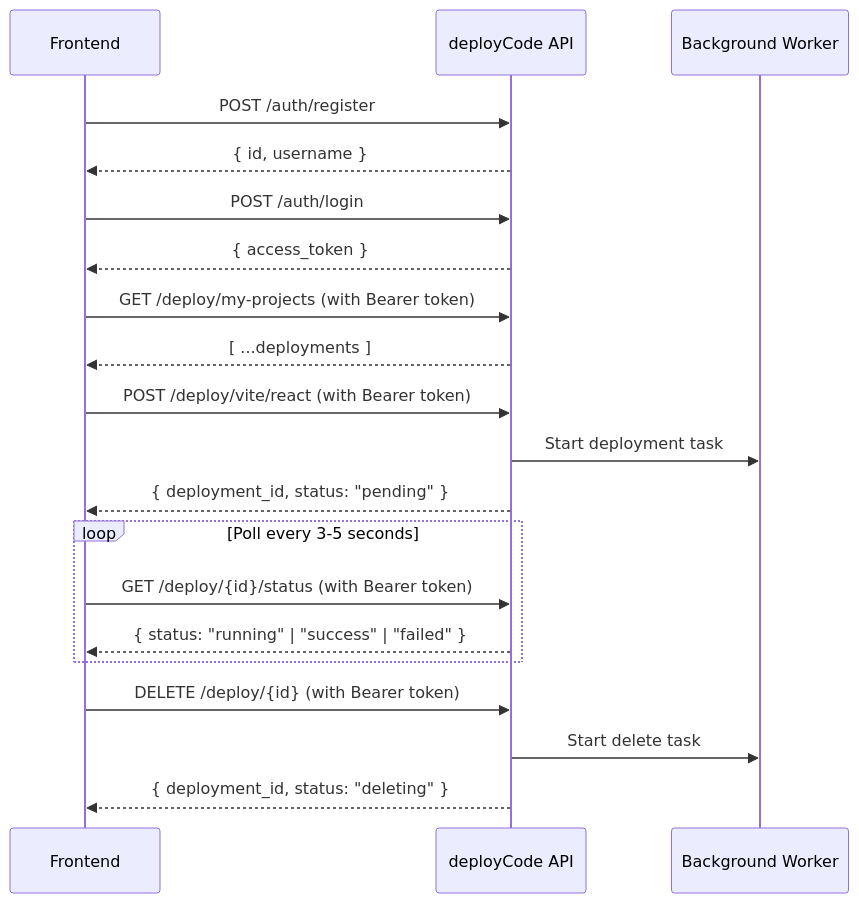
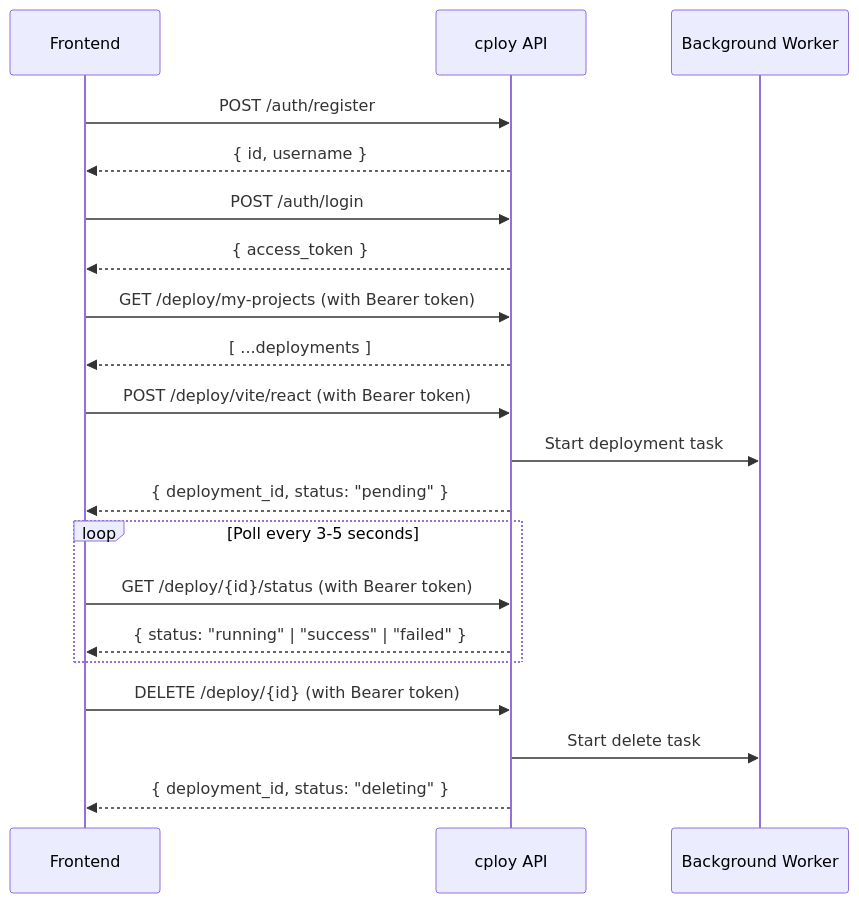
Before and after one commit to Dev-Saurabh-K/deployCode-frontend: the first of 2 diagrams in api_documentation.md, drawn with Mermaid. The commit also changed other lines of this file and 7 other files, not shown here.

````diff
--- a/api_documentation.md
+++ b/api_documentation.md
@@ -47,28 +47,28 @@
 ```mermaid
 sequenceDiagram
     participant FE as Frontend
-    participant API as deployCode API
+    participant API as cploy API
     participant BG as Background Worker
 
     FE->>API: POST /auth/register
     API-->>FE: { id, username }
 
     FE->>API: POST /auth/login
     API-->>FE: { access_token }
 
     FE->>API: GET /deploy/my-projects (with Bearer token)
     API-->>FE: [ ...deployments ]
 
     FE->>API: POST /deploy/vite/react (with Bearer token)
     API->>BG: Start deployment task
     API-->>FE: { deployment_id, status: "pending" }
 
     loop Poll every 3-5 seconds
         FE->>API: GET /deploy/{id}/status (with Bearer token)
         API-->>FE: { status: "running" | "success" | "failed" }
     end
 
     FE->>API: DELETE /deploy/{id} (with Bearer token)
     API->>BG: Start delete task
     API-->>FE: { deployment_id, status: "deleting" }
 ```
````
